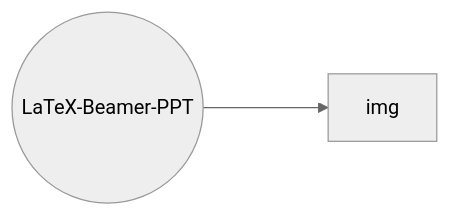
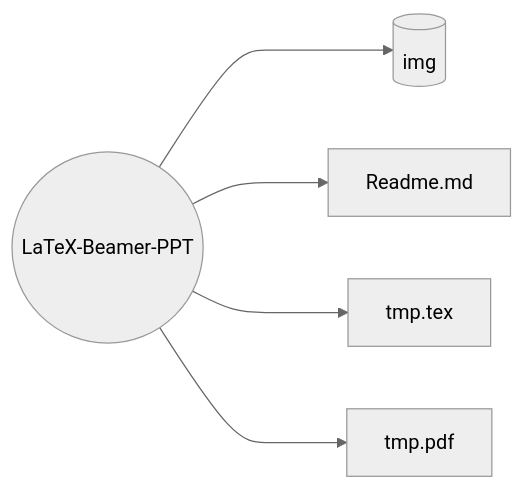
Before and after one commit to Wilhelmine21/Wilhelmine21: the second of 10 diagrams in README.md, drawn with Mermaid (neutral theme). The commit also changed other lines of this file, not shown here.

````diff
--- a/README.md
+++ b/README.md
@@ -26,4 +26,7 @@
 ```mermaid
 graph LR;
-LaTeX-Beamer-PPT((LaTeX-Beamer-PPT)) ---> img
+LaTeX-Beamer-PPT((LaTeX-Beamer-PPT)) ---> img[(img)]
+LaTeX-Beamer-PPT ---> Readme.md
+LaTeX-Beamer-PPT ---> tmp.tex
+LaTeX-Beamer-PPT ---> tmp.pdf
 ```
````
